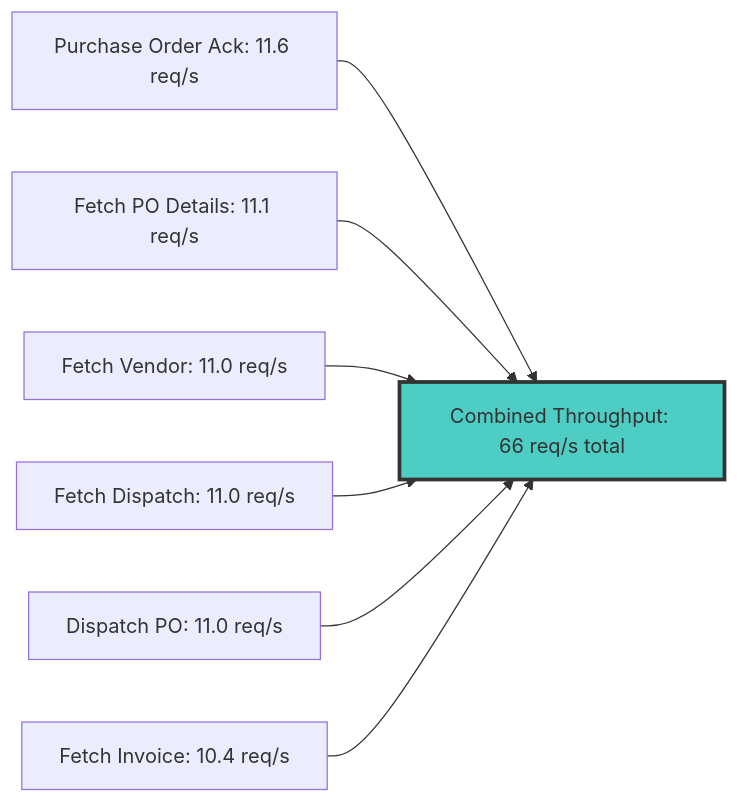
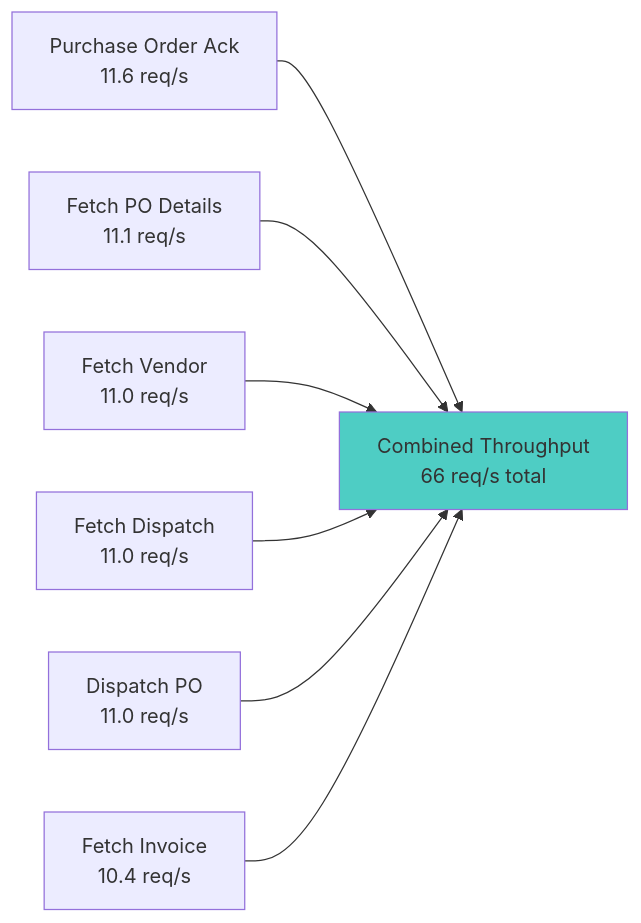
The second of 5 diagrams in vendor-portal-report.md (gohilmahaveer/json-format-service), drawn with Mermaid before and after one commit. The commit also changed other lines of this file, not shown here.

````diff
--- a/vendor-portal-report.md
+++ b/vendor-portal-report.md
@@ -74,19 +79,19 @@
 ```mermaid
 flowchart LR
-    A[Purchase Order Ack: 11.6 req/s]
-    B[Fetch PO Details: 11.1 req/s]
-    C[Fetch Vendor: 11.0 req/s]
-    D[Fetch Dispatch: 11.0 req/s]
-    E[Dispatch PO: 11.0 req/s]
-    F[Fetch Invoice: 10.4 req/s]
-    G[Combined Throughput: 66 req/s total]
+    A["Purchase Order Ack<br/>11.6 req/s"]
+    B["Fetch PO Details<br/>11.1 req/s"]
+    C["Fetch Vendor<br/>11.0 req/s"]
+    D["Fetch Dispatch<br/>11.0 req/s"]
+    E["Dispatch PO<br/>11.0 req/s"]
+    F["Fetch Invoice<br/>10.4 req/s"]
+    G["Combined Throughput<br/>66 req/s total"]
     
     A --> G
     B --> G
     C --> G
     D --> G
     E --> G
     F --> G
     
-    style G fill:#4ecdc4,stroke:#333,stroke-width:3px
+    style G fill:#4ecdc4
 ```
````
